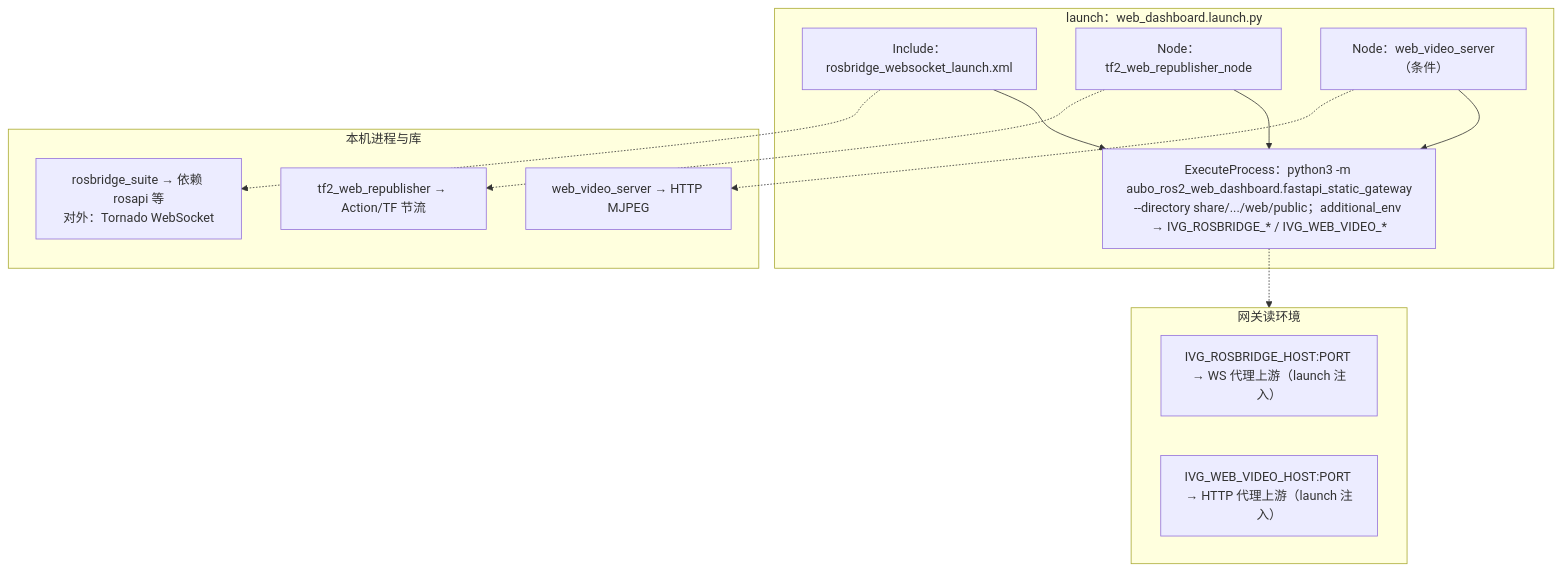
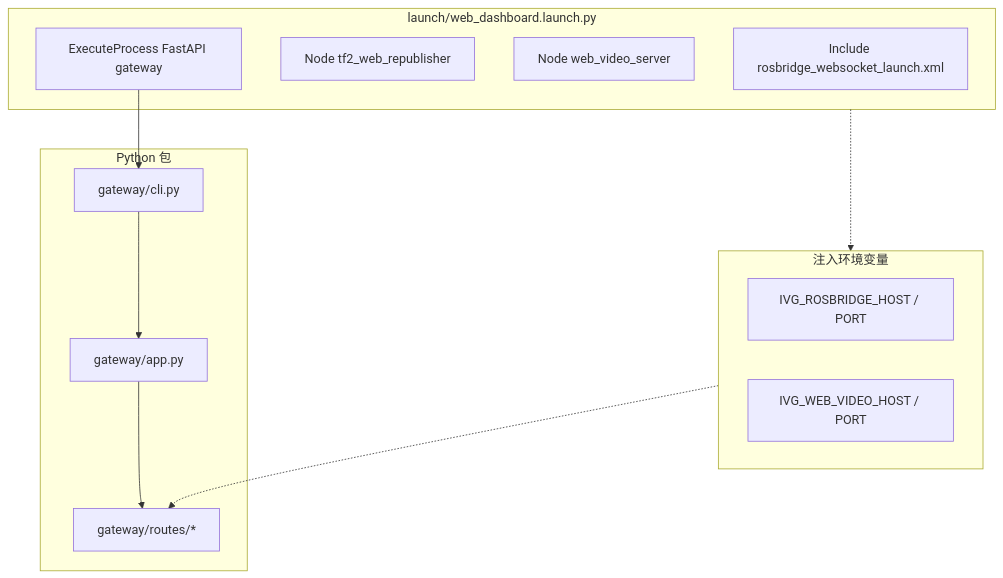
Before and after one commit to MUHAN11-c/aubo_boot: the second of 8 diagrams in aubo_ros2_ws/src/aubo_ros2_web_dashboard/docs/architecture_diagrams.md, drawn with Mermaid. The commit also changed other lines of this file and 42 other files, not shown here.

````diff
--- a/aubo_ros2_ws/src/aubo_ros2_web_dashboard/docs/architecture_diagrams.md
+++ b/aubo_ros2_ws/src/aubo_ros2_web_dashboard/docs/architecture_diagrams.md
@@ -52,27 +42,23 @@
 ```mermaid
 flowchart TB
-  subgraph L["launch：web_dashboard.launch.py"]
-    L1["Include：rosbridge_websocket_launch.xml"]
-    L2["Node：tf2_web_republisher_node"]
-    L3["Node：web_video_server（条件）"]
-    L4["ExecuteProcess：python3 -m aubo_ros2_web_dashboard.fastapi_static_gateway<br/>--directory share/.../web/public；additional_env → IVG_ROSBRIDGE_* / IVG_WEB_VIDEO_*"]
-    L1 --> L4
-    L2 --> L4
-    L3 --> L4
+  subgraph Launch["launch/web_dashboard.launch.py"]
+    L1["Include rosbridge_websocket_launch.xml"]
+    L2["Node tf2_web_republisher"]
+    L3["Node web_video_server"]
+    L4["ExecuteProcess FastAPI gateway"]
   end
 
-  subgraph P["本机进程与库"]
-    P1["rosbridge_suite → 依赖 rosapi 等<br/>对外：Tornado WebSocket"]
-    P2["web_video_server → HTTP MJPEG"]
-    P3["tf2_web_republisher → Action/TF 节流"]
-    L1 -.-> P1
-    L2 -.-> P3
-    L3 -.-> P2
+  subgraph Env["注入环境变量"]
+    E1["IVG_ROSBRIDGE_HOST / PORT"]
+    E2["IVG_WEB_VIDEO_HOST / PORT"]
   end
 
-  subgraph E["网关读环境"]
-    E1["IVG_ROSBRIDGE_HOST:PORT → WS 代理上游（launch 注入）"]
-    E2["IVG_WEB_VIDEO_HOST:PORT → HTTP 代理上游（launch 注入）"]
+  subgraph Python["Python 包"]
+    AP["gateway/app.py"]
+    RT["gateway/routes/*"]
+    CLI["gateway/cli.py"]
   end
-  L4 -.-> E
+
+  L4 --> CLI --> AP --> RT
+  Launch -.-> Env -.-> RT
 ```
````
